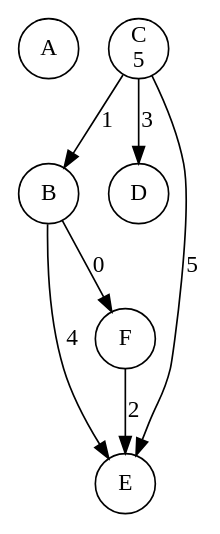
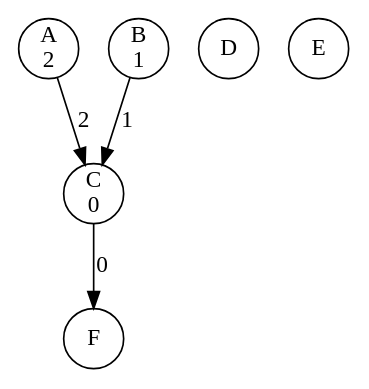
One commit to li23179/GO changed the diagram in concurrency-lab-2/bank/out/0000000006.gv. Above: the diagram before and after it, drawn with Graphviz. The commit also changed 148 other files, not shown here.

```diff
--- a/concurrency-lab-2/bank/out/0000000006.gv
+++ b/concurrency-lab-2/bank/out/0000000006.gv
@@ -1,14 +1,11 @@
 digraph bank {
-	 0 [label= "A\n" , pos= "1,0!" , shape=circle, fixedsize=true, width=0.5 ]
-	 1 [label= "B\n" , pos= "0,1!" , shape=circle, fixedsize=true, width=0.5 ]
-	 2 [label= "C\n5" , pos= "1,2!" , shape=circle, fixedsize=true, width=0.5 ]
+	 0 [label= "A\n2" , pos= "1,0!" , shape=circle, fixedsize=true, width=0.5 ]
+	 1 [label= "B\n1" , pos= "0,1!" , shape=circle, fixedsize=true, width=0.5 ]
+	 2 [label= "C\n0" , pos= "1,2!" , shape=circle, fixedsize=true, width=0.5 ]
 	 3 [label= "D\n" , pos= "2,2!" , shape=circle, fixedsize=true, width=0.5 ]
 	 4 [label= "E\n" , pos= "3,1!" , shape=circle, fixedsize=true, width=0.5 ]
 	 5 [label= "F\n" , pos= "2,0!" , shape=circle, fixedsize=true, width=0.5 ]
-	 "2" -> "4" [label= "5" ]
-	 "1" -> "5" [label= "0" ]
-	 "1" -> "4" [label= "4" ]
-	 "5" -> "4" [label= "2" ]
-	 "2" -> "1" [label= "1" ]
-	 "2" -> "3" [label= "3" ]
+	 "0" -> "2" [label= "2" ]
+	 "1" -> "2" [label= "1" ]
+	 "2" -> "5" [label= "0" ]
 }
```
